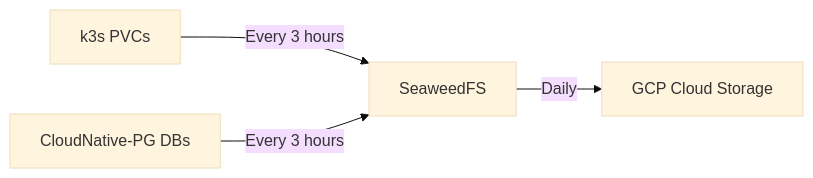
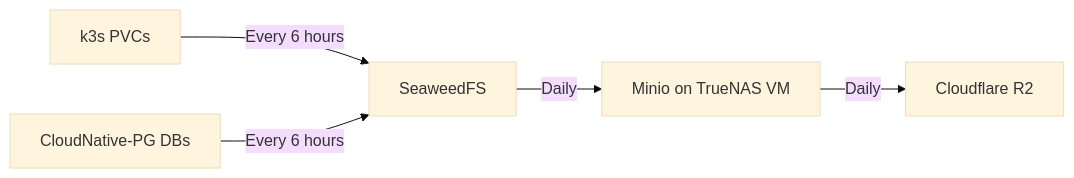
One commit to blake-hamm/bhamm-lab changed the first of 2 diagrams in docker/docs-site/docs/backups/index.md. Above: the diagram before and after it, drawn with Mermaid (base theme). The commit also changed other lines of this file and 6 other files, not shown here.

````diff
--- a/docker/docs-site/docs/backups/index.md
+++ b/docker/docs-site/docs/backups/index.md
@@ -11,6 +11,7 @@
 ```mermaid
 graph LR
-A[k3s PVCs] -->|Every 3 hours| C[SeaweedFS]
-B[CloudNative-PG DBs] -->|Every 3 hours| C[SeaweedFS]
-C -->|Daily| D[GCP Cloud Storage]
+A[k3s PVCs] -->|Every 6 hours| C[SeaweedFS]
+B[CloudNative-PG DBs] -->|Every 6 hours| C[SeaweedFS]
+C -->|Daily| D[Minio on TrueNAS VM]
+D -->|Daily| E[Cloudflare R2]
 ```
````
